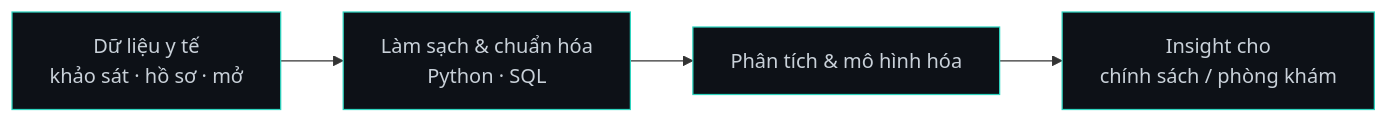
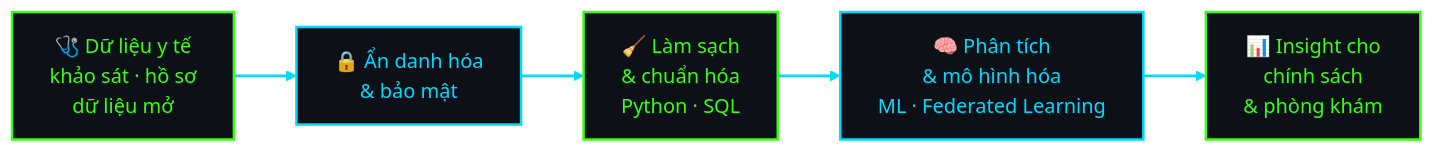
Before and after one commit to mthanh207/mthanh207: the diagram in README.md, drawn with Mermaid. The commit also changed other lines of this file, not shown here.

````diff
--- a/README.md
+++ b/README.md
@@ -36,8 +81,12 @@
 ```mermaid
 flowchart LR
-    A["Dữ liệu y tế<br/>khảo sát · hồ sơ · mở"] --> B["Làm sạch & chuẩn hóa<br/>Python · SQL"]
-    B --> C["Phân tích & mô hình hóa"]
-    C --> D["Insight cho<br/>chính sách / phòng khám"]
-    classDef n fill:#0d1117,stroke:#2dd4bf,color:#c9d1d9;
-    class A,B,C,D n;
+    A["🩺 Dữ liệu y tế<br/>khảo sát · hồ sơ<br/>dữ liệu mở"] --> B["🔒 Ẩn danh hóa<br/>& bảo mật"]
+    B --> C["🧹 Làm sạch<br/>& chuẩn hóa<br/>Python · SQL"]
+    C --> D["🧠 Phân tích<br/>& mô hình hóa<br/>ML · Federated Learning"]
+    D --> E["📊 Insight cho<br/>chính sách<br/>& phòng khám"]
+    classDef g fill:#0d1117,stroke:#39ff14,stroke-width:2px,color:#39ff14;
+    classDef c fill:#0d1117,stroke:#00d9ff,stroke-width:2px,color:#00d9ff;
+    class A,C,E g;
+    class B,D c;
+    linkStyle default stroke:#00d9ff,stroke-width:2px;
 ```
````
